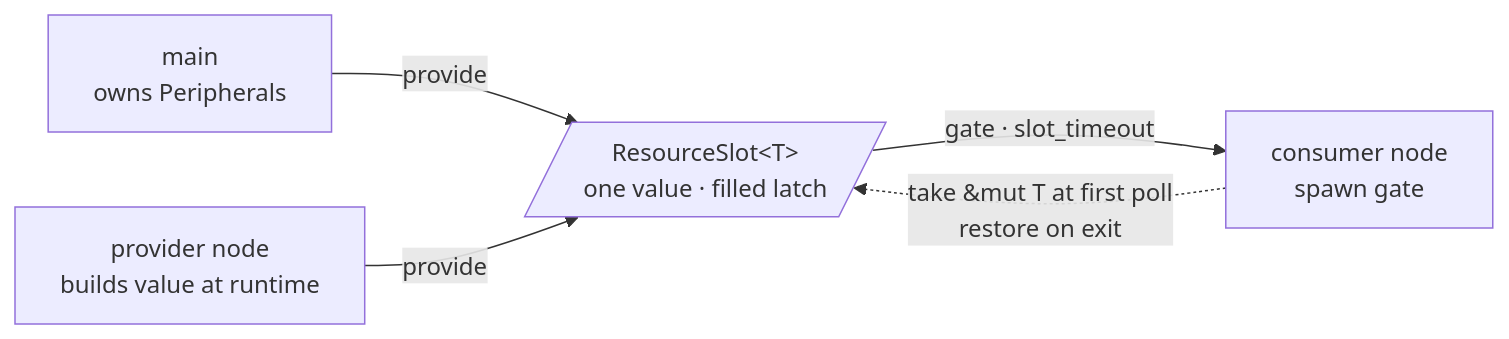
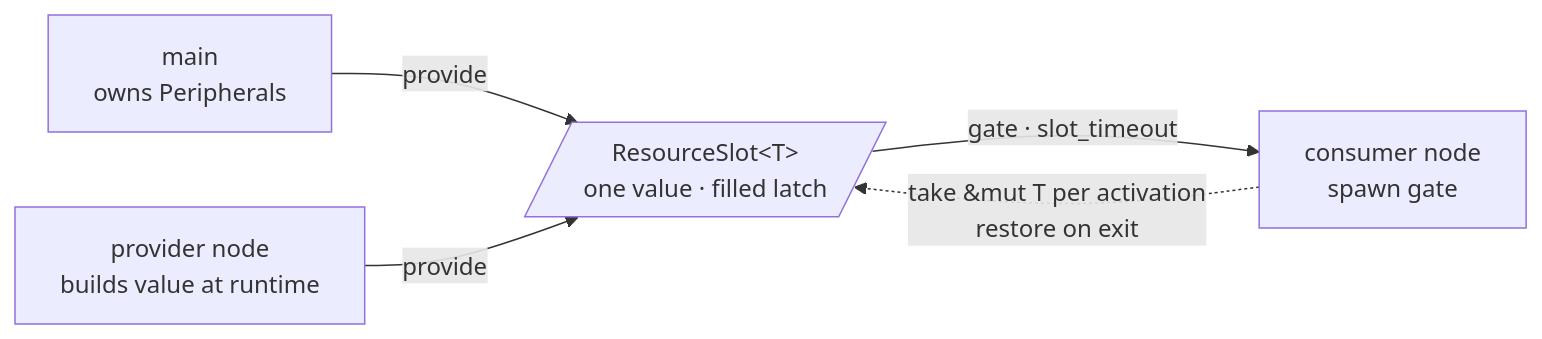
One commit to embassy-supervisor/embassy-supervisor.github.io changed the diagram in src/content/docs/concepts/resources.md. Above: the diagram before and after it, drawn with Mermaid. The commit also changed other lines of this file and 38 other files, not shown here.

````diff
--- a/src/content/docs/concepts/resources.md
+++ b/src/content/docs/concepts/resources.md
@@ -16,13 +16,13 @@
 ```mermaid
 flowchart LR
     accDescr: A provider fills a resource slot; a consumer's spawn gates on it
     MAIN["main<br/>owns Peripherals"]:::provider
     PROV["provider node<br/>builds value at runtime"]:::provider
     SLOT[/"ResourceSlot&lt;T&gt;<br/>one value · filled latch"/]:::resource
     CONSUMER["consumer node<br/>spawn gate"]:::task
 
     MAIN -- provide --> SLOT
     PROV -- provide --> SLOT
     SLOT -- "gate · slot_timeout" --> CONSUMER
-    CONSUMER -. "take &mut T at first poll<br/>restore on exit" .-> SLOT
+    CONSUMER -. "take &mut T per activation<br/>restore on exit" .-> SLOT
 ```
````
